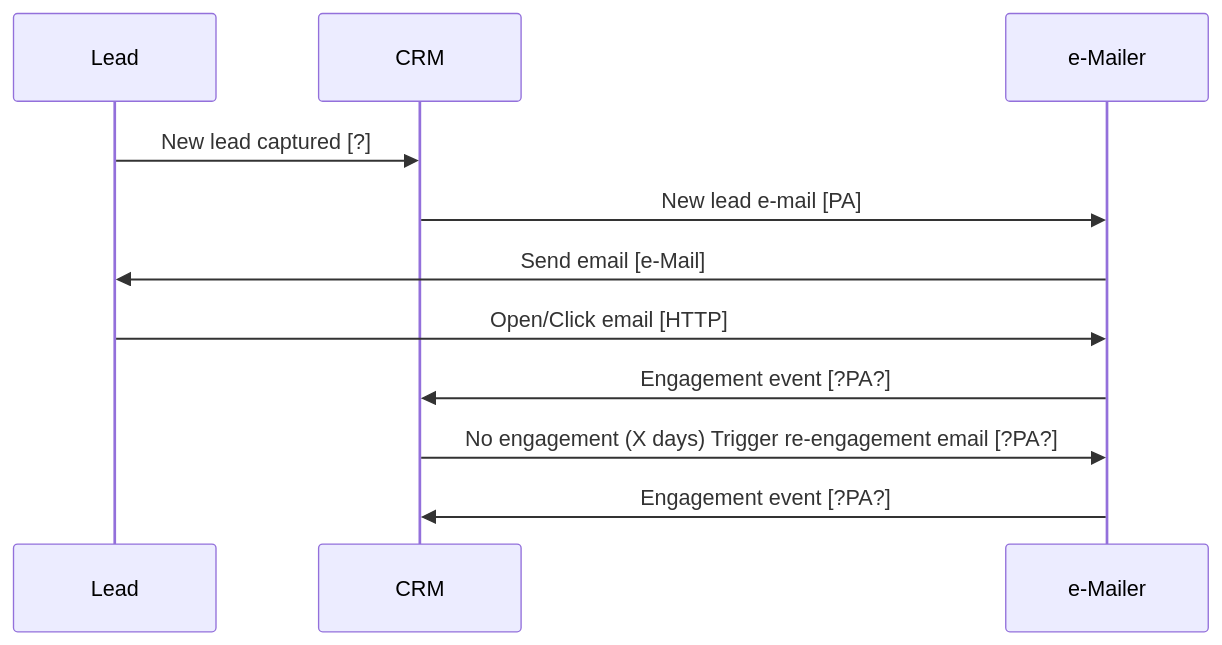
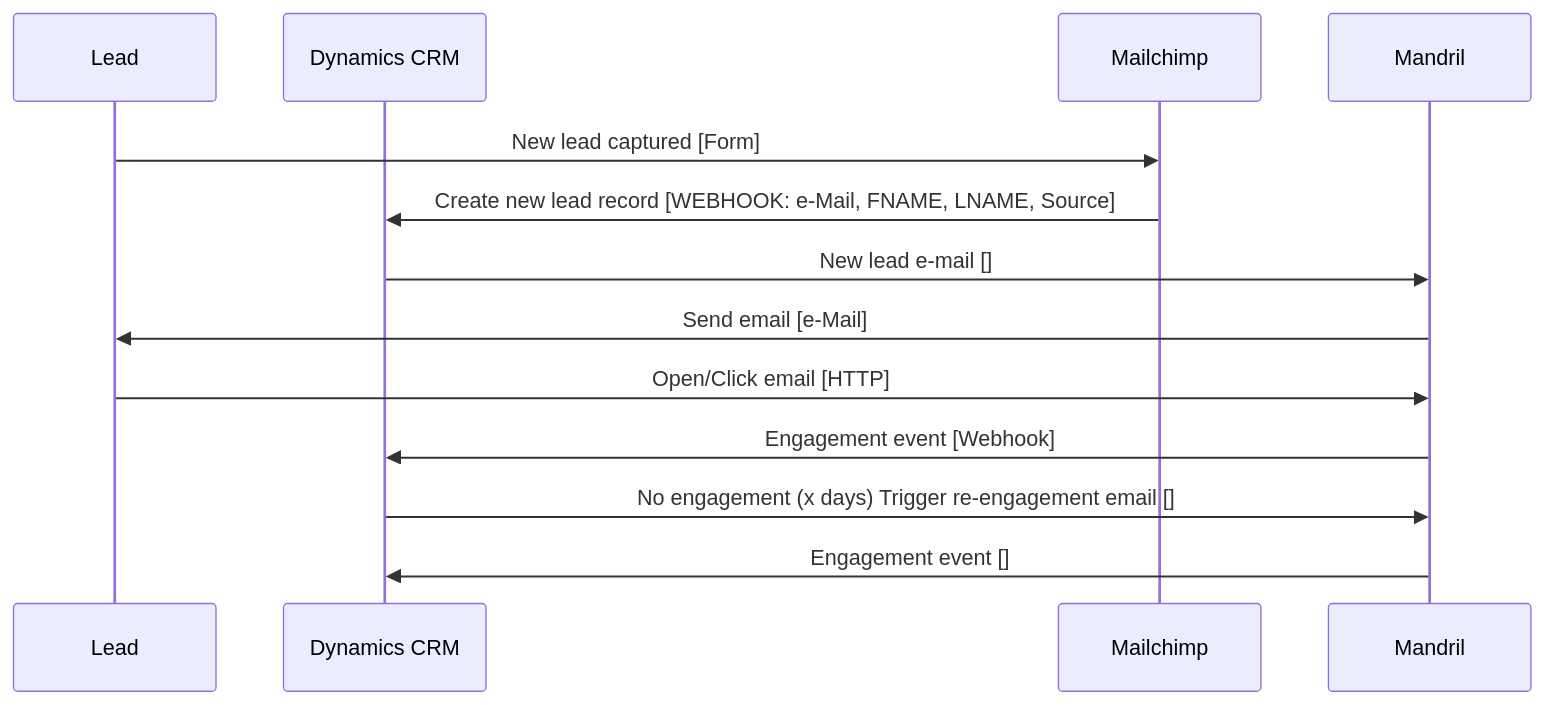
Before and after one commit to 0Richard/GTM: the first of 2 diagrams in readme.md, drawn with Mermaid. The commit also changed other lines of this file, not shown here.

````diff
--- a/readme.md
+++ b/readme.md
@@ -62,16 +54,18 @@
 ```mermaid
 sequenceDiagram
     participant Lead
-    participant CRM
-    participant EM as e-Mailer
+    participant DCRM as Dynamics CRM
+    participant MC as Mailchimp
+    participant EM as Mandril
 
-    Lead->>CRM: New lead captured [?]
-    CRM->>EM: New lead e-mail [PA]
+    Lead->>MC: New lead captured [Form]
+    MC->>DCRM: Create new lead record [WEBHOOK: e-Mail, FNAME, LNAME, Source]
+    DCRM->>EM: New lead e-mail []
     EM->>Lead: Send email [e-Mail]
 
     Lead->>EM: Open/Click email [HTTP]
-    EM->>CRM:  Engagement event [?PA?]
+    EM->>DCRM:  Engagement event [Webhook]
 
-    CRM->>EM: No engagement (X days) Trigger re-engagement email [?PA?]
-    EM->>CRM:  Engagement event [?PA?]
+    DCRM->>EM: No engagement (x days) Trigger re-engagement email []
+    EM->>DCRM:  Engagement event []
 ```
````
